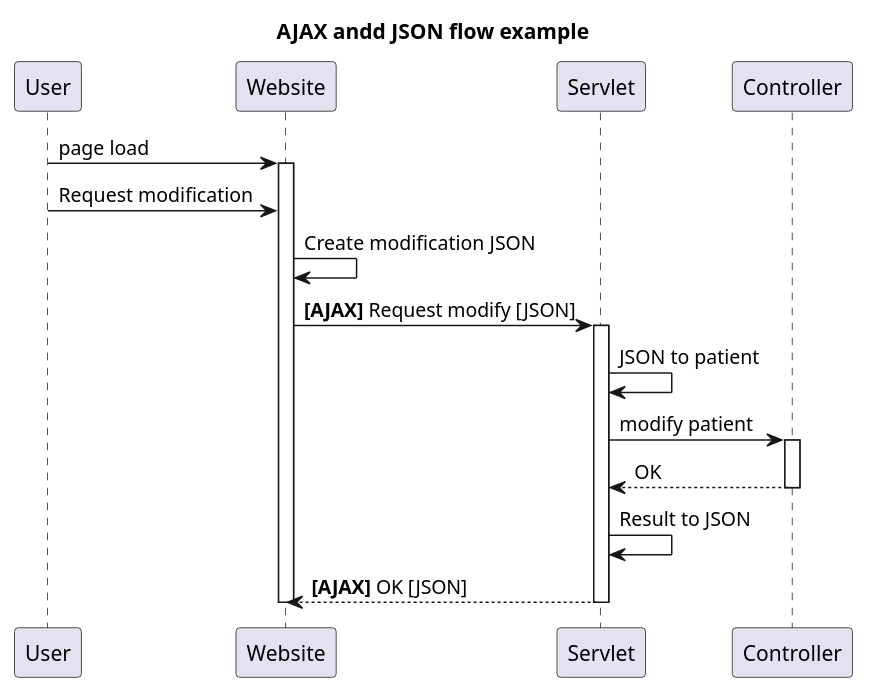
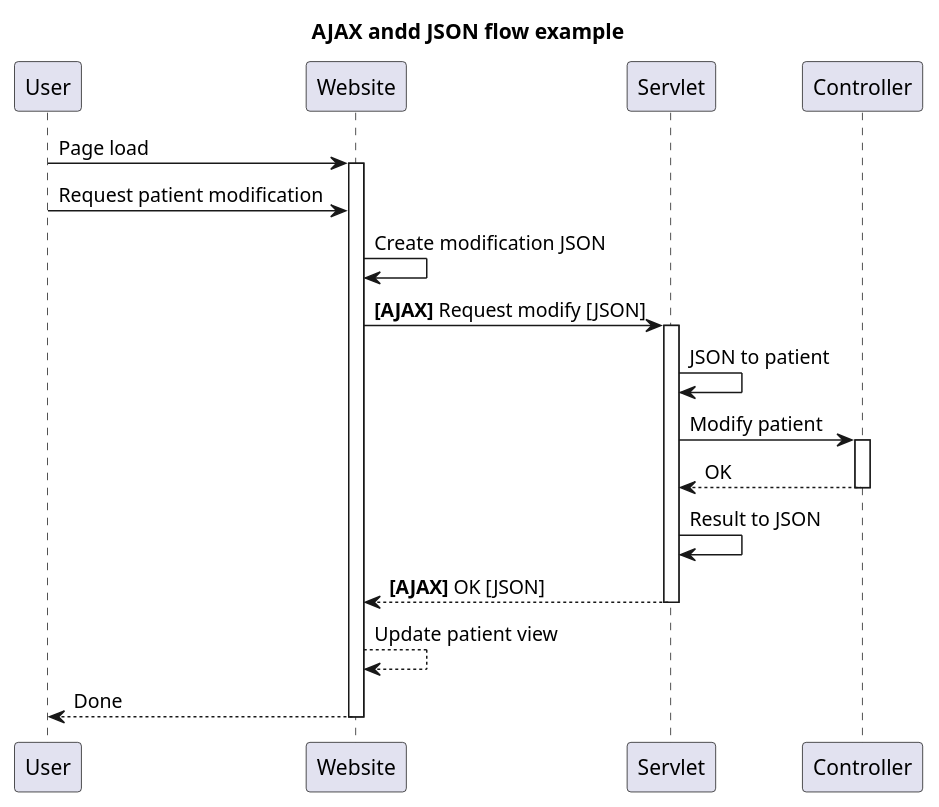
Before and after one commit to SupaGait/javaAdvanced: the diagram in findmypatient_documentation/ajax_example.puml, drawn with PlantUML. The commit also changed 4 other files, not shown here.

```diff
--- a/findmypatient_documentation/ajax_example.puml
+++ b/findmypatient_documentation/ajax_example.puml
@@ -1,25 +1,27 @@
 @startuml
 
 title AJAX andd JSON flow example
 
-User -> Website : page load
+User -> Website : Page load
 activate Website
-User -> Website : Request modification
+User -> Website : Request patient modification
 Website -> Website: Create modification JSON
 
 Website -> Servlet: <b>[AJAX]</b> Request modify [JSON]
 activate Servlet
 
 Servlet -> Servlet: JSON to patient
-Servlet -> Controller: modify patient
+Servlet -> Controller: Modify patient
 
 activate Controller
 Controller --> Servlet: OK
 deactivate Controller
 Servlet -> Servlet: Result to JSON
 
 Servlet --> Website:<b>[AJAX]</b> OK [JSON]
 deactivate Servlet
+Website --> Website : Update patient view
+Website --> User : Done
 deactivate Website
 
 @enduml
```
